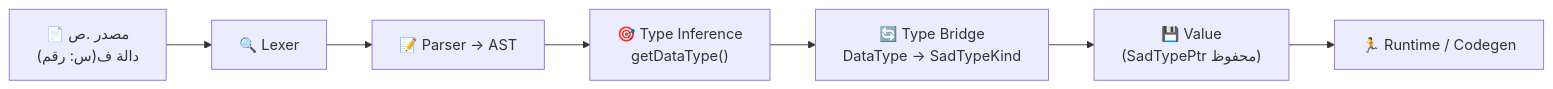
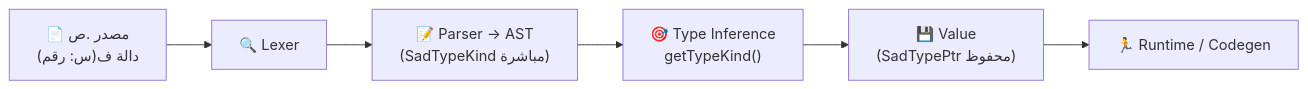
One commit to sadlang/sadlang changed the diagram in docs/توثيقات_تطوير_اللغة/توثيقات_الانظمة/ARCHITECTURE_TYPE_SYSTEM.md. Above: the diagram before and after it, drawn with Mermaid. The commit also changed other lines of this file and 4 other files, not shown here.

````diff
--- a/docs/توثيقات_تطوير_اللغة/توثيقات_الانظمة/ARCHITECTURE_TYPE_SYSTEM.md
+++ b/docs/توثيقات_تطوير_اللغة/توثيقات_الانظمة/ARCHITECTURE_TYPE_SYSTEM.md
@@ -151,11 +155,10 @@
 ```mermaid
 graph LR
     A["📄 مصدر .ص<br/>دالة ف(س: رقم)"]
     B["🔍 Lexer"]
-    C["📝 Parser → AST"]
-    D["🎯 Type Inference<br/>getDataType()"]
-    E["🔄 Type Bridge<br/>DataType → SadTypeKind"]
+    C["📝 Parser → AST<br/>(SadTypeKind مباشرة)"]
+    D["🎯 Type Inference<br/>getTypeKind()"]
     F["💾 Value<br/>(SadTypePtr محفوظ)"]
     G["🏃 Runtime / Codegen"]
-    A --> B --> C --> D --> E --> F --> G
+    A --> B --> C --> D --> F --> G
 ```
````
